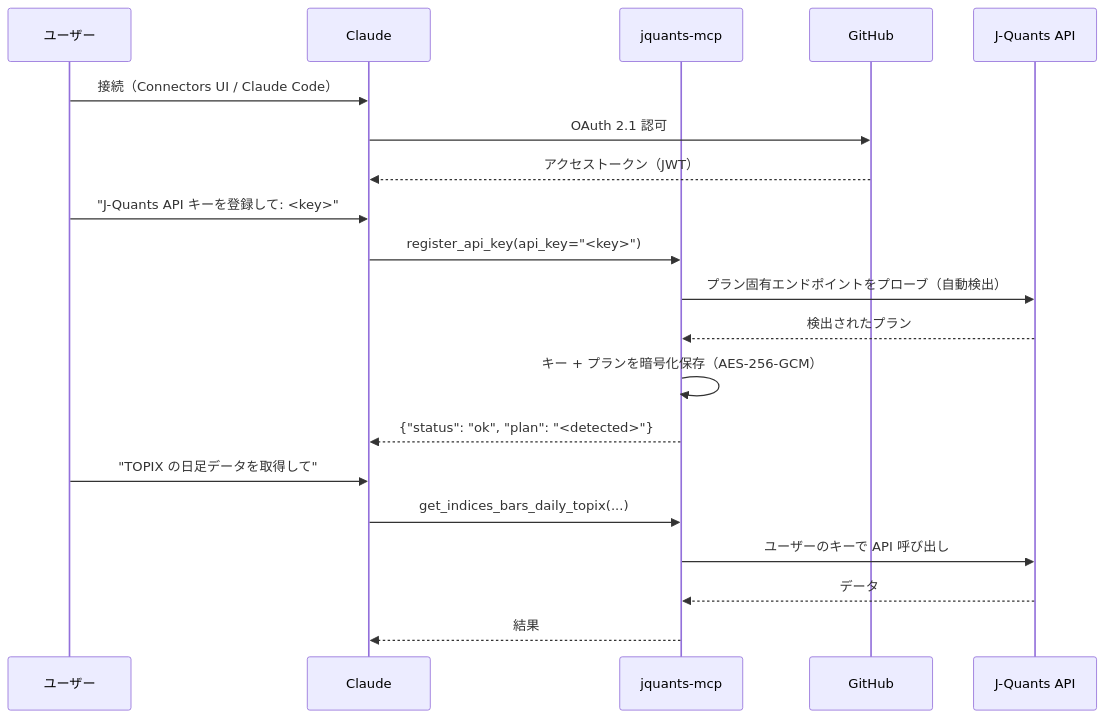
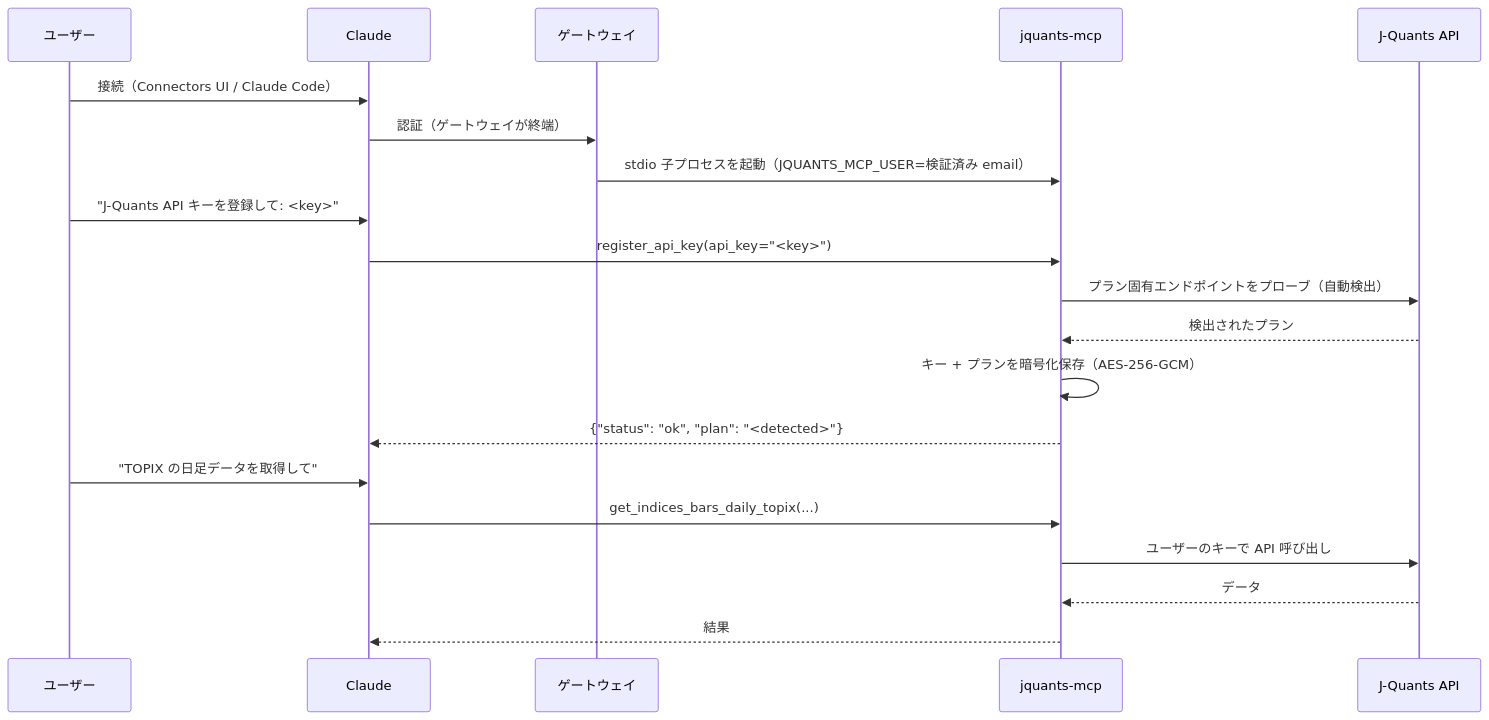
The first of 2 diagrams in README.ja.md (shigechika/jquants-mcp), drawn with Mermaid before and after one commit. The commit also changed other lines of this file and 14 other files, not shown here.

````diff
--- a/README.ja.md
+++ b/README.ja.md
@@ -341,22 +185,22 @@
 ```mermaid
 sequenceDiagram
     participant U as ユーザー
     participant C as Claude
+    participant G as ゲートウェイ
     participant S as jquants-mcp
-    participant G as GitHub
     participant J as J-Quants API
     U->>C: 接続（Connectors UI / Claude Code）
-    C->>G: OAuth 2.1 認可
-    G-->>C: アクセストークン（JWT）
+    C->>G: 認証（ゲートウェイが終端）
+    G->>S: stdio 子プロセスを起動（JQUANTS_MCP_USER=検証済み email）
     U->>C: "J-Quants API キーを登録して: <key>"
     C->>S: register_api_key(api_key="<key>")
     S->>J: プラン固有エンドポイントをプローブ（自動検出）
     J-->>S: 検出されたプラン
     S->>S: キー + プランを暗号化保存（AES-256-GCM）
     S-->>C: {"status": "ok", "plan": "<detected>"}
     U->>C: "TOPIX の日足データを取得して"
     C->>S: get_indices_bars_daily_topix(...)
     S->>J: ユーザーのキーで API 呼び出し
     J-->>S: データ
     S-->>C: 結果
 ```
````
